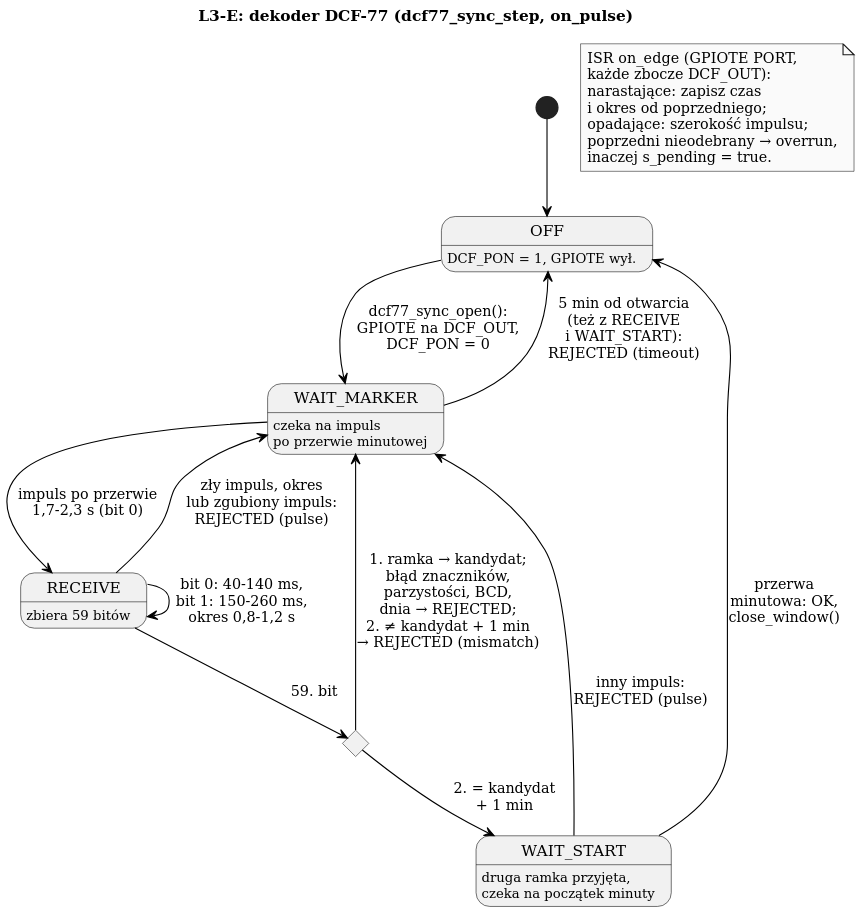
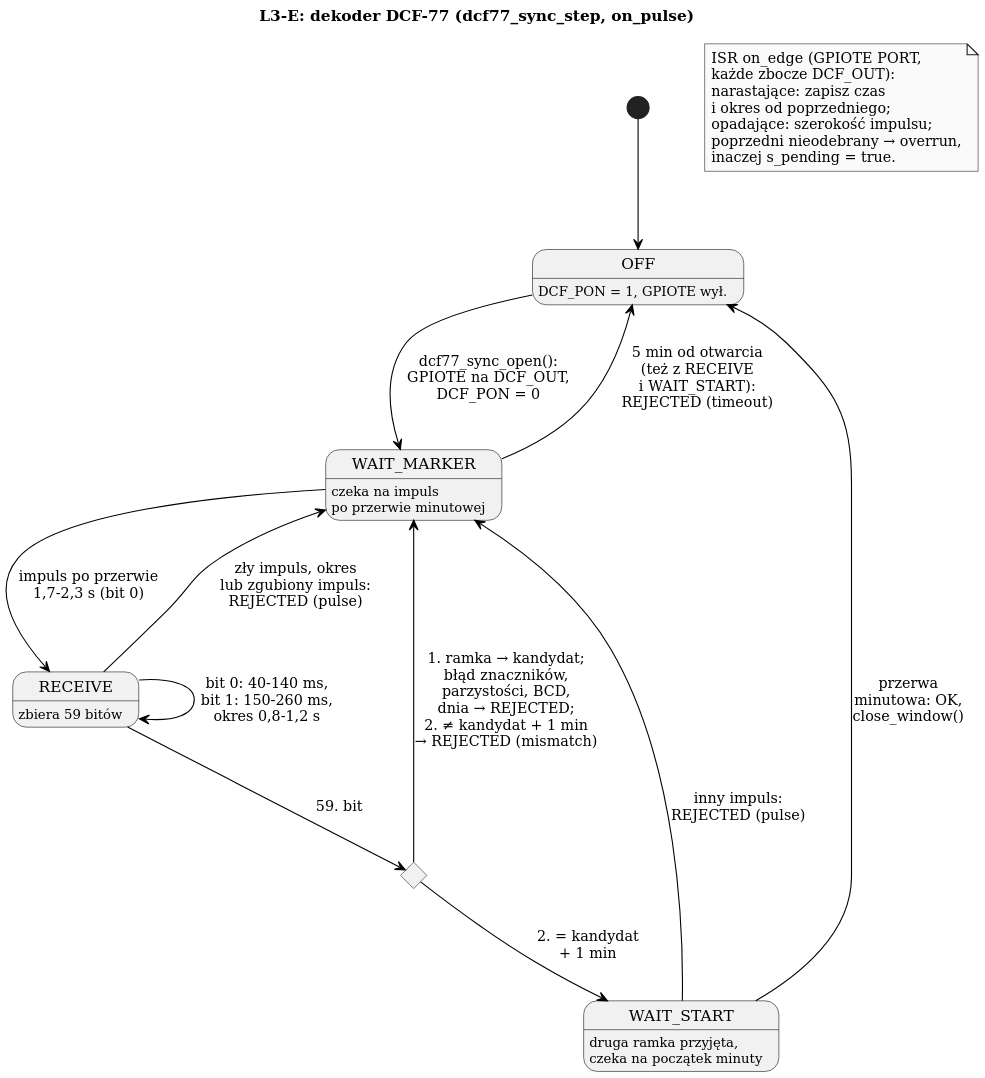
The diagram in firmware/docs/diagrams/l3-detail-e.puml (mikolajwojcicki/clock-project), drawn with PlantUML before and after one commit. The commit also changed 5 other files, not shown here.

First line of the commit message:
firmware: remove crossing in BLE write chart, widen DCF decoder spacing

```diff
--- a/firmware/docs/diagrams/l3-detail-e.puml
+++ b/firmware/docs/diagrams/l3-detail-e.puml
@@ -4,58 +4,58 @@
 @startuml
 skinparam monochrome true
 skinparam shadowing false
 skinparam backgroundColor white
 skinparam defaultFontName DejaVu Serif
 skinparam noteFontName DejaVu Serif
 skinparam dpi 160
 skinparam ArrowColor black
 skinparam StateBorderColor black
-skinparam nodesep 20
-skinparam ranksep 40
+skinparam nodesep 50
+skinparam ranksep 70
 
 title L3-E: dekoder DCF-77 (dcf77_sync_step, on_pulse)
 
 ' dcf77_sync.c:state_t ST_OFF
 state "OFF" as Off : DCF_PON = 1, GPIOTE wył.
 ' dcf77_sync.c:state_t ST_WAIT_MARKER
 state "WAIT_MARKER" as Marker : czeka na impuls\npo przerwie minutowej
 ' dcf77_sync.c:state_t ST_RECEIVE
 state "RECEIVE" as Recv : zbiera 59 bitów
 ' dcf77_sync.c:finish_frame, dcf77_sync.c:check_frame
 state "finish_frame" as Check <<choice>>
 ' dcf77_sync.c:state_t ST_WAIT_START
 state "WAIT_START" as Start : druga ramka przyjęta,\nczeka na początek minuty
 
 [*] --> Off
 ' dcf77_sync.c:dcf77_sync_open
 Off --> Marker : dcf77_sync_open():\nGPIOTE na DCF_OUT,\nDCF_PON = 0
 ' dcf77_sync.c:on_pulse, dcf77_sync.c:begin_frame
 Marker --> Recv : impuls po przerwie\n1,7–2,3 s (bit 0)
 ' dcf77_sync.c:on_pulse
 Recv --> Recv : bit 0: 40–140 ms,\nbit 1: 150–260 ms,\nokres 0,8–1,2 s
 ' dcf77_sync.c:on_pulse, dcf77_sync.c:dcf77_sync_step, dcf77_sync.c:drop_frames
 Recv --> Marker : zły impuls, okres\nlub zgubiony impuls:\nREJECTED (pulse)
 ' dcf77_sync.c:on_pulse
 Recv --> Check : 59. bit
 ' dcf77_sync.c:finish_frame, dcf77_sync.c:check_frame, dcf77_sync.c:same_minute
 Check --> Marker : 1. ramka → kandydat;\nbłąd znaczników,\nparzystości, BCD,\ndnia → REJECTED;\n2. ≠ kandydat + 1 min\n→ REJECTED (mismatch)
 ' dcf77_sync.c:finish_frame
 Check --> Start : 2. = kandydat\n+ 1 min
 ' dcf77_sync.c:on_pulse, dcf77_sync.c:close_window
 Start --> Off : przerwa\nminutowa: OK,\nclose_window()
 ' dcf77_sync.c:on_pulse, dcf77_sync.c:drop_frames
 Start --> Marker : inny impuls:\nREJECTED (pulse)
 ' dcf77_sync.c:dcf77_sync_step, dcf77_sync.c:close_window
 Marker --> Off : 5 min od otwarcia\n(też z RECEIVE\ni WAIT_START):\nREJECTED (timeout)
 
 ' dcf77_sync.c:on_edge
 note as Isr
   ISR on_edge (GPIOTE PORT,
   każde zbocze DCF_OUT):
   narastające: zapisz czas
   i okres od poprzedniego;
   opadające: szerokość impulsu;
   poprzedni nieodebrany → overrun,
   inaczej s_pending = true.
 end note
 @enduml
```
